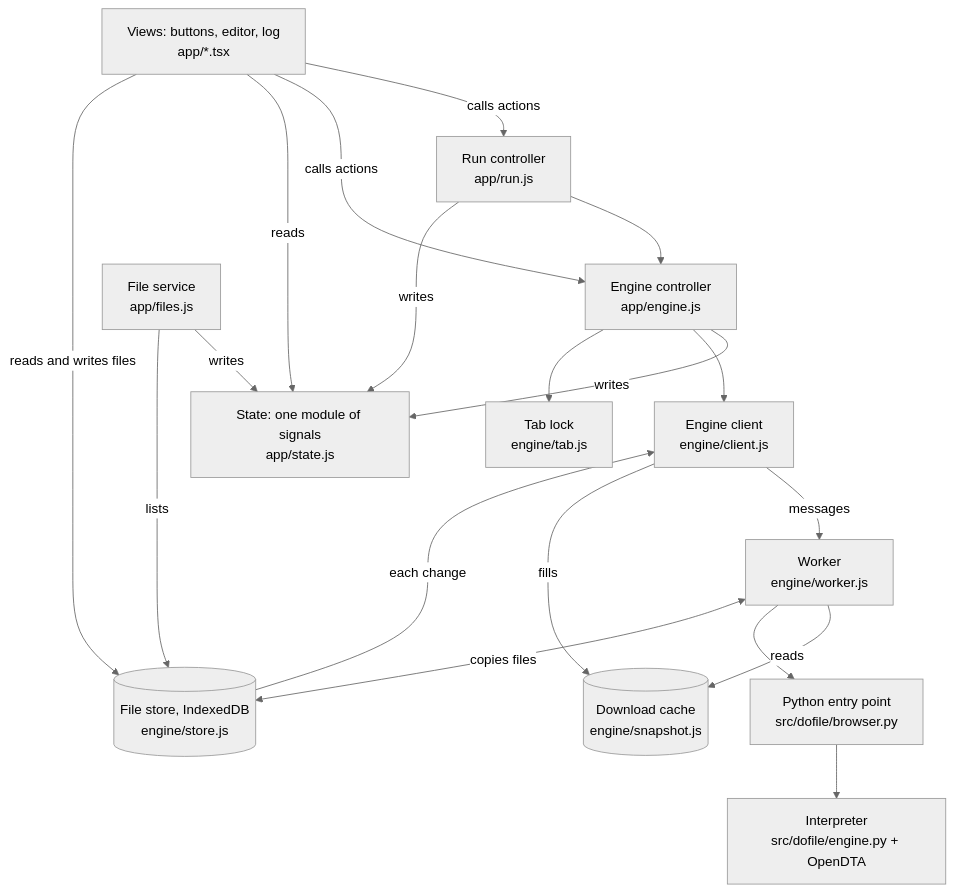
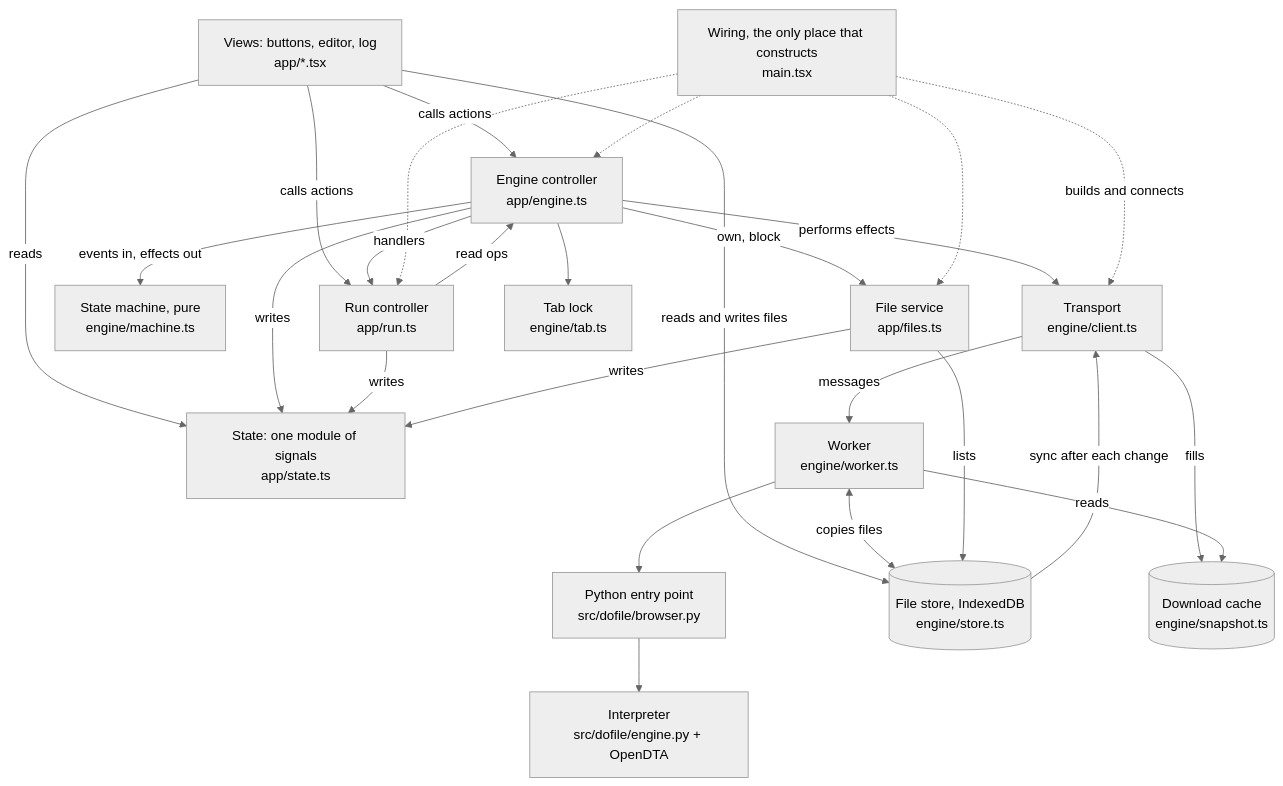
The first of 3 diagrams in docs/web-engine-data-flow.md (jeffzyliu/dofile), drawn with Mermaid (neutral theme) before and after one commit. The commit also changed other lines of this file and 8 other files, not shown here.

````diff
--- a/docs/web-engine-data-flow.md
+++ b/docs/web-engine-data-flow.md
@@ -48,33 +50,42 @@
 ```mermaid
 flowchart TD
+  M["Wiring, the only place that constructs<br/>main.tsx"]
   V["Views: buttons, editor, log<br/>app/*.tsx"]
-  ST["State: one module of signals<br/>app/state.js"]
-  RUN["Run controller<br/>app/run.js"]
-  ENG["Engine controller<br/>app/engine.js"]
-  FIL["File service<br/>app/files.js"]
-  CL["Engine client<br/>engine/client.js"]
-  TAB["Tab lock<br/>engine/tab.js"]
-  WK["Worker<br/>engine/worker.js"]
+  ST["State: one module of signals<br/>app/state.ts"]
+  RUN["Run controller<br/>app/run.ts"]
+  ENG["Engine controller<br/>app/engine.ts"]
+  MCH["State machine, pure<br/>engine/machine.ts"]
+  FIL["File service<br/>app/files.ts"]
+  CL["Transport<br/>engine/client.ts"]
+  TAB["Tab lock<br/>engine/tab.ts"]
+  WK["Worker<br/>engine/worker.ts"]
   PY["Python entry point<br/>src/dofile/browser.py"]
   EN["Interpreter<br/>src/dofile/engine.py + OpenDTA"]
-  DB[("File store, IndexedDB<br/>engine/store.js")]
-  CA[("Download cache<br/>engine/snapshot.js")]
+  DB[("File store, IndexedDB<br/>engine/store.ts")]
+  CA[("Download cache<br/>engine/snapshot.ts")]
 
   V -->|calls actions| RUN
   V -->|calls actions| ENG
   V -->|reads| ST
   V -->|reads and writes files| DB
-  RUN --> ENG
+  ENG -->|events in, effects out| MCH
+  ENG -->|writes| ST
+  ENG -->|performs effects| CL
+  ENG --> TAB
+  ENG -->|own, block| FIL
+  ENG -->|handlers| RUN
   RUN -->|writes| ST
-  ENG -->|writes| ST
+  RUN -->|read ops| ENG
   FIL -->|writes| ST
-  ENG --> CL
-  ENG --> TAB
   CL -->|messages| WK
   CL -->|fills| CA
   WK -->|reads| CA
   WK --> PY --> EN
   WK <-->|copies files| DB
-  DB -->|each change| CL
+  DB -->|sync after each change| CL
   FIL -->|lists| DB
+  M -.->|builds and connects| CL
+  M -.-> ENG
+  M -.-> RUN
+  M -.-> FIL
 ```
````
